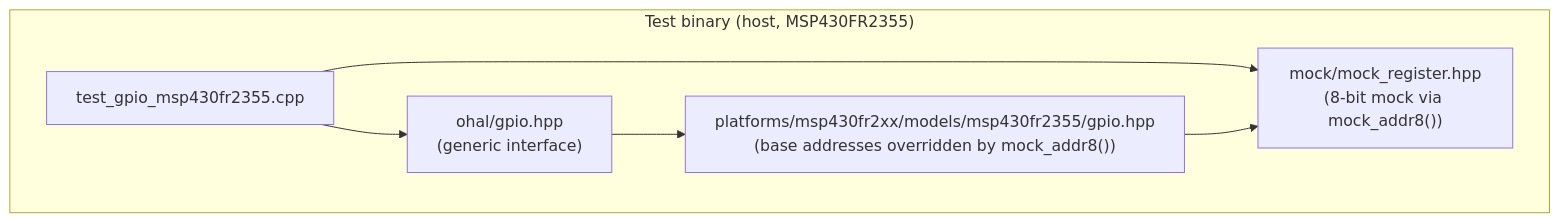
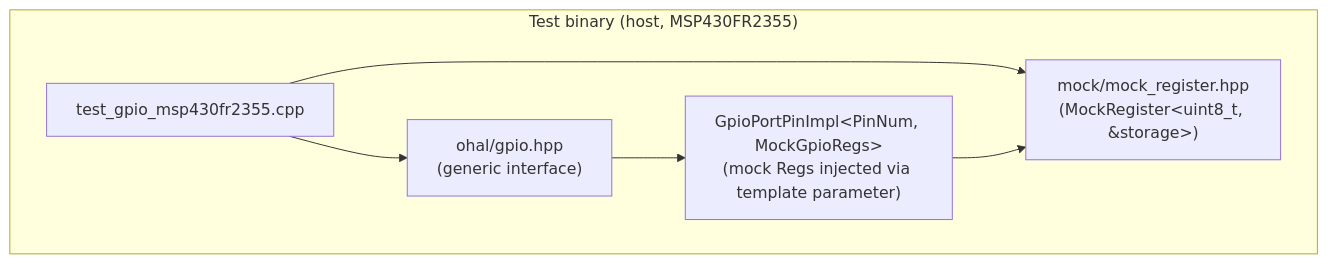
Before and after one commit to grahame-org/ohal: diagram 13 of 13 in docs/plan.md, drawn with Mermaid. The commit also changed other lines of this file and 2 other files, not shown here.

First line of the commit message:
docs: address code-review feedback on MSP430FR2355 GPIO step docs

````diff
--- a/docs/plan.md
+++ b/docs/plan.md
@@ -600,13 +610,13 @@
 ```mermaid
 graph TD
     subgraph "Test binary (host, MSP430FR2355)"
         TEST2["test_gpio_msp430fr2355.cpp"]
-        MOCK2["mock/mock_register.hpp<br/>(8-bit mock via mock_addr8())"]
+        MOCK2["mock/mock_register.hpp<br/>(MockRegister&lt;uint8_t, &storage&gt;)"]
         IFACE2["ohal/gpio.hpp<br/>(generic interface)"]
-        PLAT2["platforms/msp430fr2xx/models/msp430fr2355/gpio.hpp<br/>(base addresses overridden by mock_addr8())"]
+        IMPL2["GpioPortPinImpl&lt;PinNum, MockGpioRegs&gt;<br/>(mock Regs injected via template parameter)"]
     end
     TEST2 --> MOCK2
     TEST2 --> IFACE2
-    IFACE2 --> PLAT2
-    PLAT2 --> MOCK2
+    IFACE2 --> IMPL2
+    IMPL2 --> MOCK2
 ```
````
